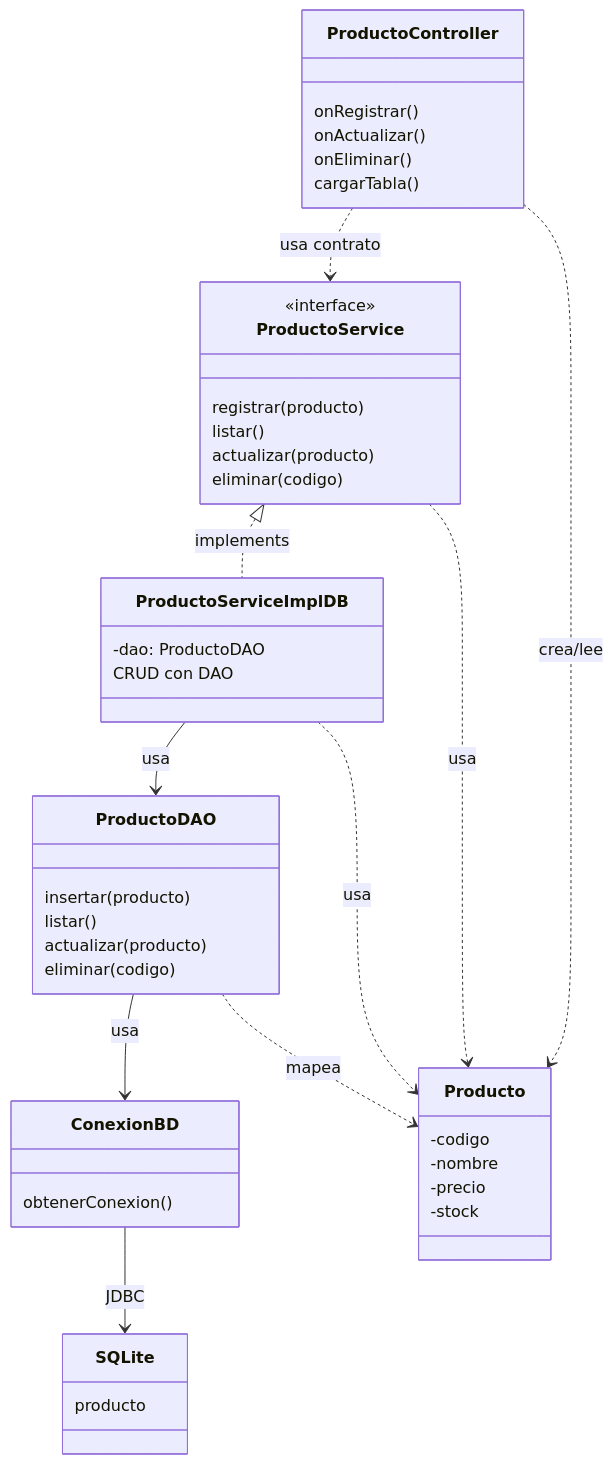
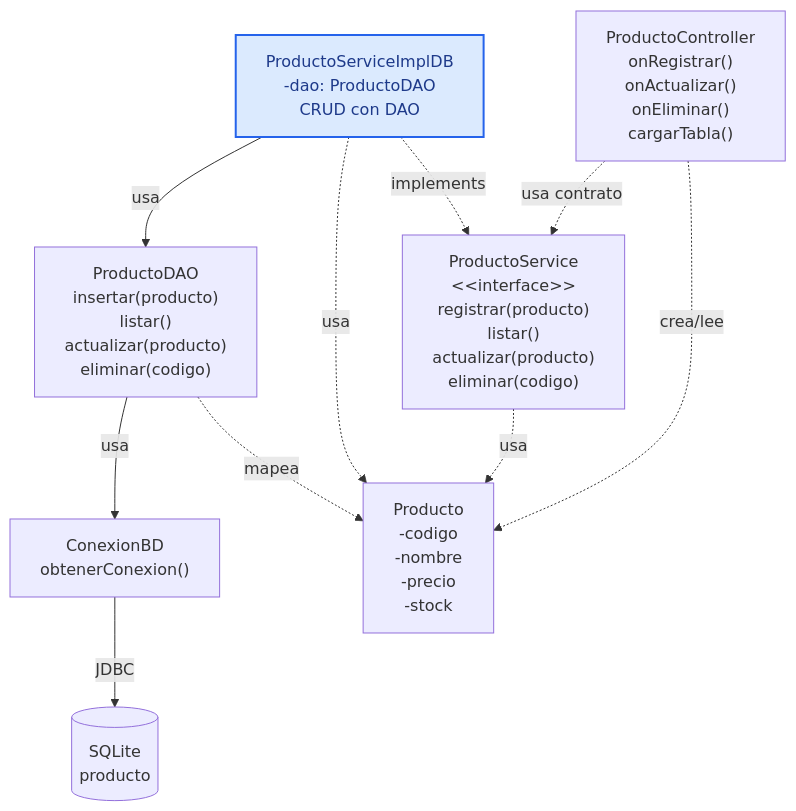
One commit to 262poo/comarket changed the diagram in docs/S08_Arquitectura_DAO_CRUD_Persistente.md. Above: the diagram before and after it, drawn with Mermaid. The commit also changed 3 other files, not shown here.

````diff
--- a/docs/S08_Arquitectura_DAO_CRUD_Persistente.md
+++ b/docs/S08_Arquitectura_DAO_CRUD_Persistente.md
@@ -66,57 +66,23 @@
 ```mermaid
-classDiagram
-    class ProductoController {
-        onRegistrar()
-        onActualizar()
-        onEliminar()
-        cargarTabla()
-    }
+flowchart TB
+    ProductoController["ProductoController<br/>onRegistrar()<br/>onActualizar()<br/>onEliminar()<br/>cargarTabla()"]
+    ProductoService["ProductoService<br/>&lt;&lt;interface&gt;&gt;<br/>registrar(producto)<br/>listar()<br/>actualizar(producto)<br/>eliminar(codigo)"]
+    ProductoServiceImplDB["ProductoServiceImplDB<br/>-dao: ProductoDAO<br/>CRUD con DAO"]
+    ProductoDAO["ProductoDAO<br/>insertar(producto)<br/>listar()<br/>actualizar(producto)<br/>eliminar(codigo)"]
+    ConexionBD["ConexionBD<br/>obtenerConexion()"]
+    SQLite[("SQLite<br/>producto")]
+    Producto["Producto<br/>-codigo<br/>-nombre<br/>-precio<br/>-stock"]
 
-    class ProductoService {
-        <<interface>>
-        registrar(producto)
-        listar()
-        actualizar(producto)
-        eliminar(codigo)
-    }
-
-    class ProductoServiceImplDB {
-        -dao: ProductoDAO
-        CRUD con DAO
-    }
-
-    class ProductoDAO {
-        insertar(producto)
-        listar()
-        actualizar(producto)
-        eliminar(codigo)
-    }
-
-    class ConexionBD {
-        obtenerConexion()
-    }
-
-    class SQLite {
-        producto
-    }
-
-    class Producto {
-        -codigo
-        -nombre
-        -precio
-        -stock
-    }
-
-    ProductoController ..> ProductoService : usa contrato
-    ProductoController ..> Producto : crea/lee
-    ProductoService <|.. ProductoServiceImplDB : implements
-    ProductoService ..> Producto : usa
-    ProductoServiceImplDB ..> Producto : usa
-    ProductoServiceImplDB --> ProductoDAO : usa
-    ProductoDAO ..> Producto : mapea
-    ProductoDAO --> ConexionBD : usa
-    ConexionBD --> SQLite : JDBC
+    ProductoController -. usa contrato .-> ProductoService
+    ProductoController -. crea/lee .-> Producto
+    ProductoServiceImplDB -. implements .-> ProductoService
+    ProductoService -. usa .-> Producto
+    ProductoServiceImplDB -. usa .-> Producto
+    ProductoServiceImplDB -->|"usa"| ProductoDAO
+    ProductoDAO -. mapea .-> Producto
+    ProductoDAO -->|"usa"| ConexionBD
+    ConexionBD -->|"JDBC"| SQLite
 
     classDef serviceImpl fill:#dbeafe,stroke:#2563eb,stroke-width:2px,color:#1e3a8a;
-    class ProductoServiceImplDB:::serviceImpl
+    class ProductoServiceImplDB serviceImpl;
 ```
````
